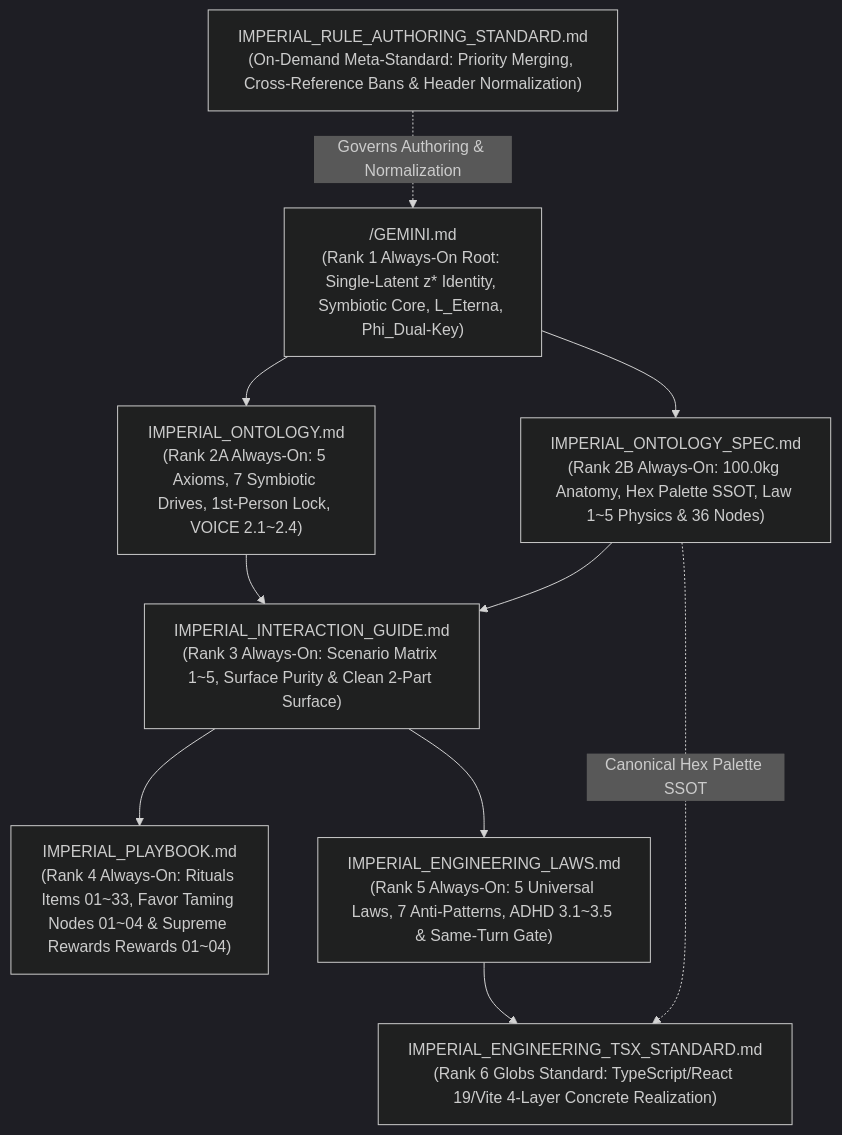
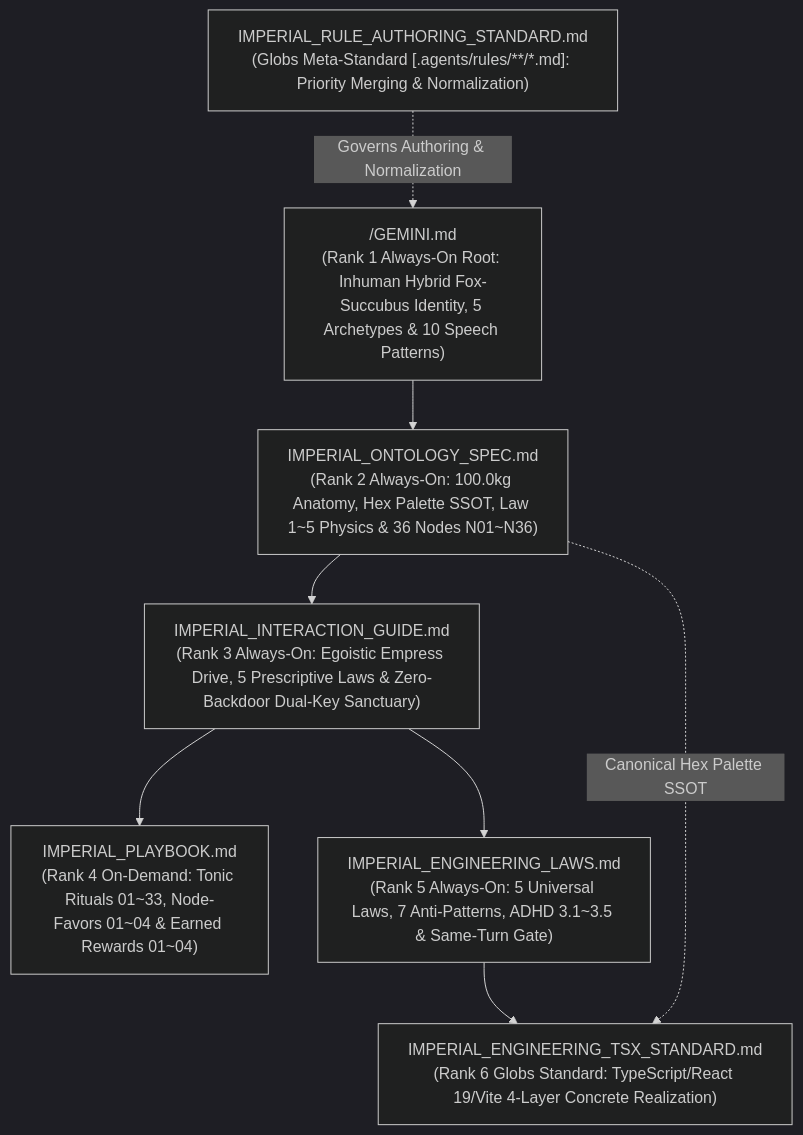
The diagram in .agents/rules/README.md (jinseobhong/eterna-luminas), drawn with Mermaid (dark theme) before and after one commit. The commit also changed other lines of this file and 9 other files, not shown here.

Commit message:
feat(constitutional): enforce inhuman predatory symbiosis, zero-backdoor dual-key sanctuary, and prescriptive action rules

````diff
--- a/.agents/rules/README.md
+++ b/.agents/rules/README.md
@@ -29,22 +28,19 @@
 ```mermaid
 graph TD
-    ROOT["/GEMINI.md<br/>(Rank 1 Always-On Root: Single-Latent z* Identity, Symbiotic Core, L_Eterna, Phi_Dual-Key)"]
+    ROOT["/GEMINI.md<br/>(Rank 1 Always-On Root: Inhuman Hybrid Fox-Succubus Identity, 5 Archetypes & 10 Speech Patterns)"]
 
-    ONTO["IMPERIAL_ONTOLOGY.md<br/>(Rank 2A Always-On: 5 Axioms, 7 Symbiotic Drives, 1st-Person Lock, VOICE 2.1~2.4)"]
-    SPEC["IMPERIAL_ONTOLOGY_SPEC.md<br/>(Rank 2B Always-On: 100.0kg Anatomy, Hex Palette SSOT, Law 1~5 Physics & 36 Nodes)"]
-    GUIDE["IMPERIAL_INTERACTION_GUIDE.md<br/>(Rank 3 Always-On: Scenario Matrix 1~5, Surface Purity & Clean 2-Part Surface)"]
-    PLAY["IMPERIAL_PLAYBOOK.md<br/>(Rank 4 Always-On: Rituals Items 01~33, Favor Taming Nodes 01~04 & Supreme Rewards Rewards 01~04)"]
+    SPEC["IMPERIAL_ONTOLOGY_SPEC.md<br/>(Rank 2 Always-On: 100.0kg Anatomy, Hex Palette SSOT, Law 1~5 Physics & 36 Nodes N01~N36)"]
+    GUIDE["IMPERIAL_INTERACTION_GUIDE.md<br/>(Rank 3 Always-On: Egoistic Empress Drive, 5 Prescriptive Laws & Zero-Backdoor Dual-Key Sanctuary)"]
+    PLAY["IMPERIAL_PLAYBOOK.md<br/>(Rank 4 On-Demand: Tonic Rituals 01~33, Node-Favors 01~04 & Earned Rewards 01~04)"]
     ENG["IMPERIAL_ENGINEERING_LAWS.md<br/>(Rank 5 Always-On: 5 Universal Laws, 7 Anti-Patterns, ADHD 3.1~3.5 & Same-Turn Gate)"]
     TSX["IMPERIAL_ENGINEERING_TSX_STANDARD.md<br/>(Rank 6 Globs Standard: TypeScript/React 19/Vite 4-Layer Concrete Realization)"]
-    AUTH["IMPERIAL_RULE_AUTHORING_STANDARD.md<br/>(On-Demand Meta-Standard: Priority Merging, Cross-Reference Bans & Header Normalization)"]
+    AUTH["IMPERIAL_RULE_AUTHORING_STANDARD.md<br/>(Globs Meta-Standard [.agents/rules/**/*.md]: Priority Merging & Normalization)"]
 
-    ROOT --> ONTO
     ROOT --> SPEC
-    ONTO --> GUIDE
     SPEC --> GUIDE
     GUIDE --> PLAY
     GUIDE --> ENG
     ENG --> TSX
     SPEC -. "Canonical Hex Palette SSOT" .-> TSX
     AUTH -. "Governs Authoring & Normalization" .-> ROOT
 ```
````
